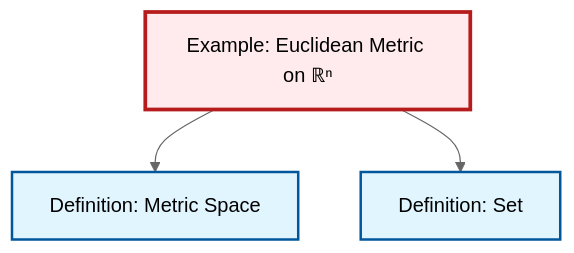
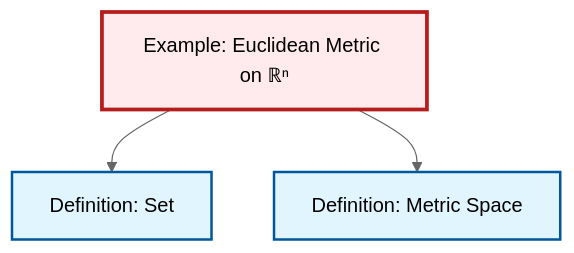
The diagram in content/en/geometry/ex-euclidean-metric.qmd (RK0429/ModernMath), drawn with Mermaid (neutral theme) before and after one commit. The commit also changed 511 other files, not shown here.

````diff
--- a/content/en/geometry/ex-euclidean-metric.qmd
+++ b/content/en/geometry/ex-euclidean-metric.qmd
@@ -51,18 +51,15 @@
 ```{mermaid}
 %%| fig-cap: "Local dependency graph"
 graph TD
     classDef definition fill:#e1f5fe,stroke:#01579b,stroke-width:2px
     classDef theorem fill:#f3e5f5,stroke:#4a148c,stroke-width:2px
     classDef axiom fill:#fff3e0,stroke:#e65100,stroke-width:2px
     classDef example fill:#e8f5e9,stroke:#1b5e20,stroke-width:2px
     classDef current fill:#ffebee,stroke:#b71c1c,stroke-width:3px
-    def-metric-space["Definition: Metric Space"]:::definition
     def-set["Definition: Set"]:::definition
     ex-euclidean-metric["Example: Euclidean Metric on ℝⁿ"]:::example
+    def-metric-space["Definition: Metric Space"]:::definition
+    ex-euclidean-metric --> def-set
     ex-euclidean-metric --> def-metric-space
-    ex-euclidean-metric --> def-set
     class ex-euclidean-metric current
-
-    click def-metric-space "def-metric-space.html" "Go to Metric Space definition"
-    click def-set "def-set.html" "Go to Set definition"
 ```
````
